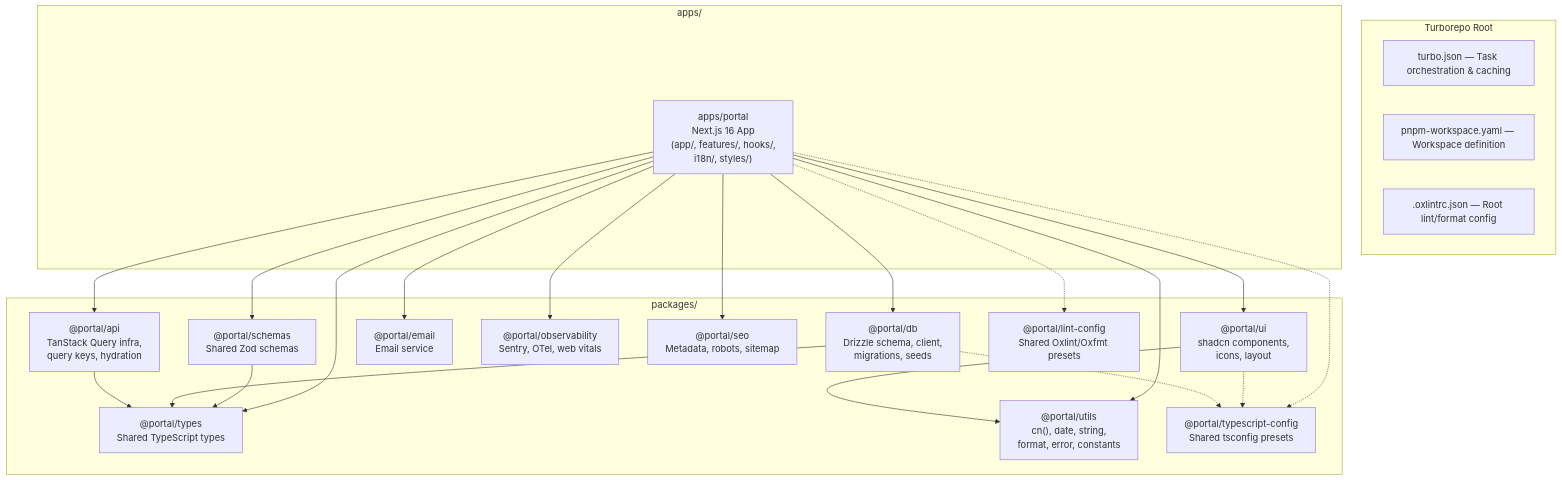
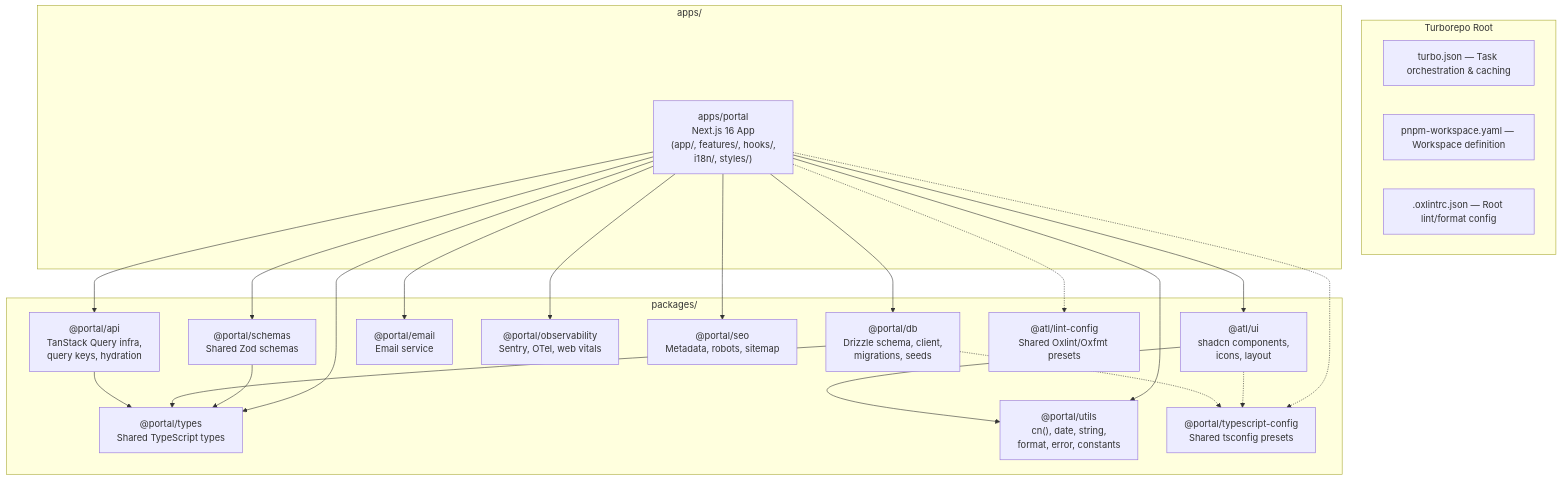
Before and after one commit to allthingslinux/monorepo: the first of 3 diagrams in apps/portal/.kiro/specs/turborepo-migration/design.md, drawn with Mermaid. The commit also changed other lines of this file and 19 other files, not shown here.

First line of the commit message:
refactor: align package names with @atl apps and @portal stack

````diff
--- a/apps/portal/.kiro/specs/turborepo-migration/design.md
+++ b/apps/portal/.kiro/specs/turborepo-migration/design.md
@@ -13,46 +13,46 @@
 ```mermaid
 graph TD
     subgraph "Turborepo Root"
         TURBO["turbo.json — Task orchestration & caching"]
         PNPM["pnpm-workspace.yaml — Workspace definition"]
         LINTROOT[".oxlintrc.json — Root lint/format config"]
     end
 
     subgraph "apps/"
         WEB["apps/portal<br/>Next.js 16 App<br/>(app/, features/, hooks/,<br/>i18n/, styles/)"]
     end
 
     subgraph "packages/"
-        UI["@portal/ui<br/>shadcn components,<br/>icons, layout"]
+        UI["@atl/ui<br/>shadcn components,<br/>icons, layout"]
         DB["@portal/db<br/>Drizzle schema, client,<br/>migrations, seeds"]
         SCHEMAS["@portal/schemas<br/>Shared Zod schemas"]
         TYPES["@portal/types<br/>Shared TypeScript types"]
         UTILS["@portal/utils<br/>cn(), date, string,<br/>format, error, constants"]
         EMAIL["@portal/email<br/>Email service"]
         OBS["@portal/observability<br/>Sentry, OTel, web vitals"]
         SEO["@portal/seo<br/>Metadata, robots, sitemap"]
         API["@portal/api<br/>TanStack Query infra,<br/>query keys, hydration"]
         TS_CFG["@portal/typescript-config<br/>Shared tsconfig presets"]
-        LINTCFG["@portal/lint-config<br/>Shared Oxlint/Oxfmt presets"]
+        LINTCFG["@atl/lint-config<br/>Shared Oxlint/Oxfmt presets"]
     end
 
     WEB --> UI
     WEB --> DB
     WEB --> SCHEMAS
     WEB --> TYPES
     WEB --> UTILS
     WEB --> EMAIL
     WEB --> OBS
     WEB --> SEO
     WEB --> API
     UI --> UTILS
     SCHEMAS --> TYPES
     DB --> TYPES
     API --> TYPES
 
     WEB -.-> TS_CFG
     WEB -.-> LINTCFG
     UI -.-> TS_CFG
     DB -.-> TS_CFG
 
 ```
````
